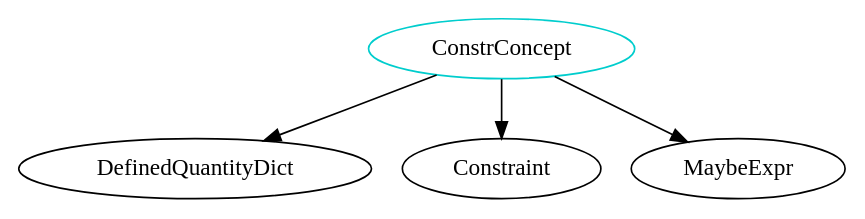
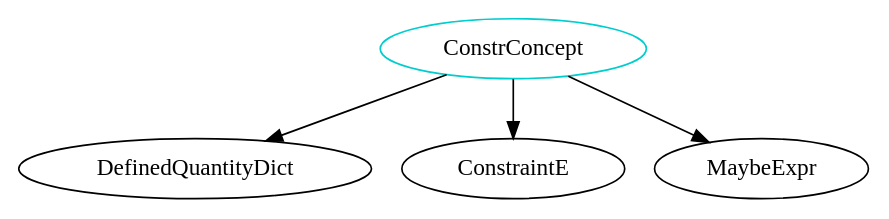
The diagram in analysis/TypeDependencyGraphs/lang/ConstrConcept.dot (JacquesCarette/Drasil), drawn with Graphviz before and after one commit. The commit also changed 830 other files, not shown here.

```diff
--- a/analysis/TypeDependencyGraphs/lang/ConstrConcept.dot
+++ b/analysis/TypeDependencyGraphs/lang/ConstrConcept.dot
@@ -1,6 +1,6 @@
 digraph constrconcept{
 ConstrConcept -> DefinedQuantityDict;
-ConstrConcept -> Constraint;
+ConstrConcept -> ConstraintE;
 ConstrConcept -> MaybeExpr;
 ConstrConcept	[shape=oval, color=cyan3, label=ConstrConcept];
 }
```
